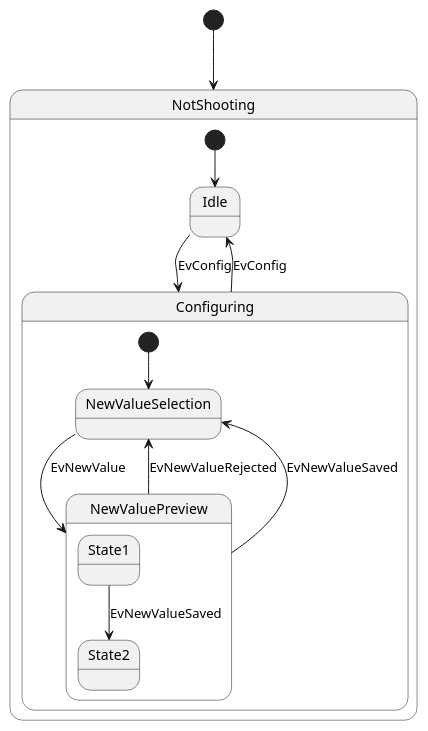
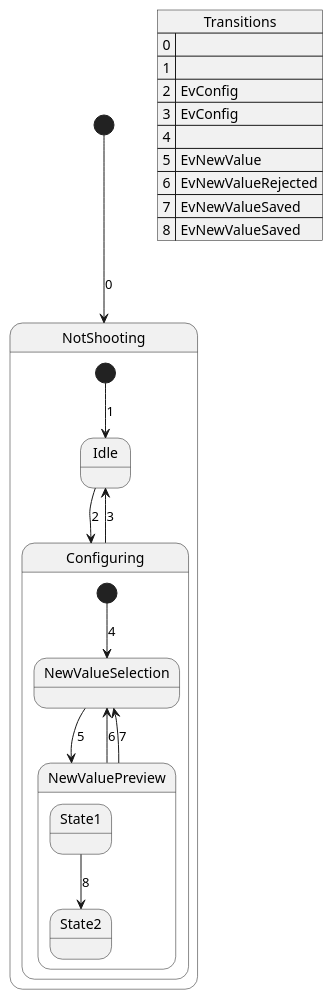
Before and after one commit to Konstantin-Dudersky/dataclass_to_diagram_rs: the diagram in dataclass_to_diagram_rs_test/diagrams/state_machine_3.puml, drawn with PlantUML. The commit also changed 12 other files, not shown here.

```diff
--- a/dataclass_to_diagram_rs_test/diagrams/state_machine_3.puml
+++ b/dataclass_to_diagram_rs_test/diagrams/state_machine_3.puml
@@ -1,27 +1,39 @@
 @startuml
 
 state Start <<start>>
 state "NotShooting" as NotShooting {
     state NotShootingStart <<start>>
     state "Idle" as NotShootingIdle
     state "Configuring" as NotShootingConfiguring {
         state NotShootingConfiguringStart <<start>>
         state "NewValueSelection" as NotShootingConfiguringNewValueSelection
         state "NewValuePreview" as NotShootingConfiguringNewValuePreview {
             state "State1" as NotShootingConfiguringNewValuePreviewState1
             state "State2" as NotShootingConfiguringNewValuePreviewState2
         }
     }
 }
 
-Start --> NotShooting
-NotShootingStart --> NotShootingIdle
-NotShootingIdle --> NotShootingConfiguring : EvConfig
-NotShootingConfiguring --> NotShootingIdle : EvConfig
-NotShootingConfiguringStart --> NotShootingConfiguringNewValueSelection
-NotShootingConfiguringNewValueSelection --> NotShootingConfiguringNewValuePreview : EvNewValue
-NotShootingConfiguringNewValuePreview --> NotShootingConfiguringNewValueSelection : EvNewValueRejected
-NotShootingConfiguringNewValuePreview --> NotShootingConfiguringNewValueSelection : EvNewValueSaved
-NotShootingConfiguringNewValuePreviewState1 --> NotShootingConfiguringNewValuePreviewState2 : EvNewValueSaved
+Start --> NotShooting : 0
+NotShootingStart --> NotShootingIdle : 1
+NotShootingIdle --> NotShootingConfiguring : 2
+NotShootingConfiguring --> NotShootingIdle : 3
+NotShootingConfiguringStart --> NotShootingConfiguringNewValueSelection : 4
+NotShootingConfiguringNewValueSelection --> NotShootingConfiguringNewValuePreview : 5
+NotShootingConfiguringNewValuePreview --> NotShootingConfiguringNewValueSelection : 6
+NotShootingConfiguringNewValuePreview --> NotShootingConfiguringNewValueSelection : 7
+NotShootingConfiguringNewValuePreviewState1 --> NotShootingConfiguringNewValuePreviewState2 : 8
+
+json Transitions {
+    "0": "",
+    "1": "",
+    "2": "EvConfig",
+    "3": "EvConfig",
+    "4": "",
+    "5": "EvNewValue",
+    "6": "EvNewValueRejected",
+    "7": "EvNewValueSaved",
+    "8": "EvNewValueSaved"
+}
 
 @enduml
```
